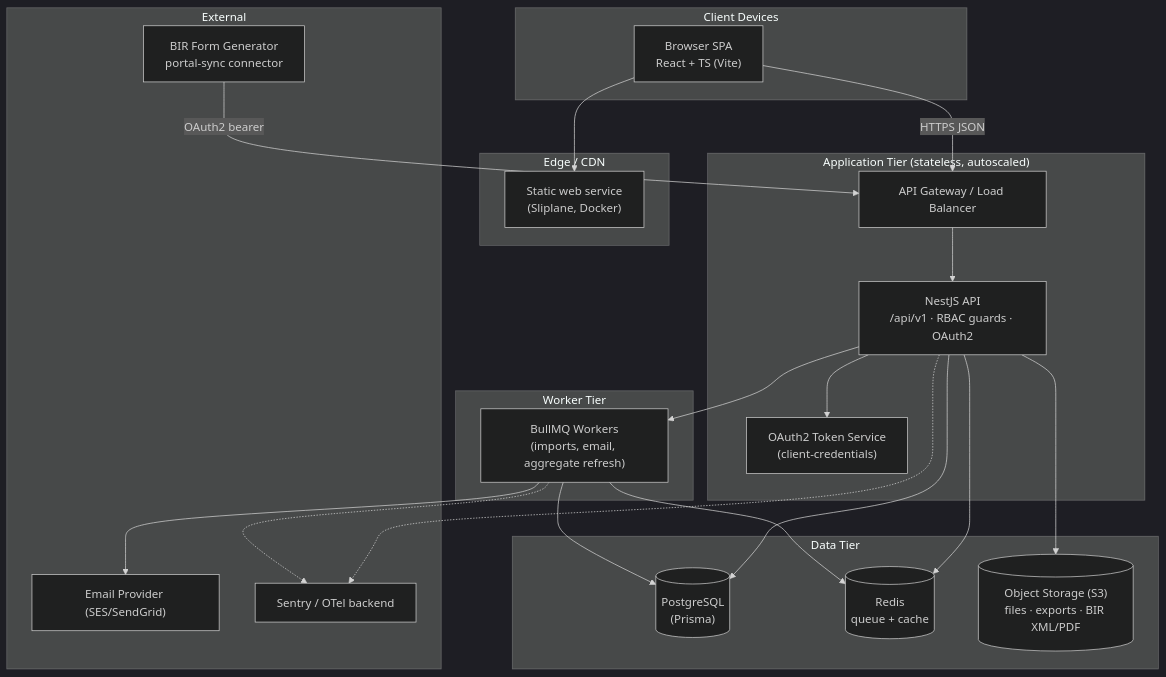
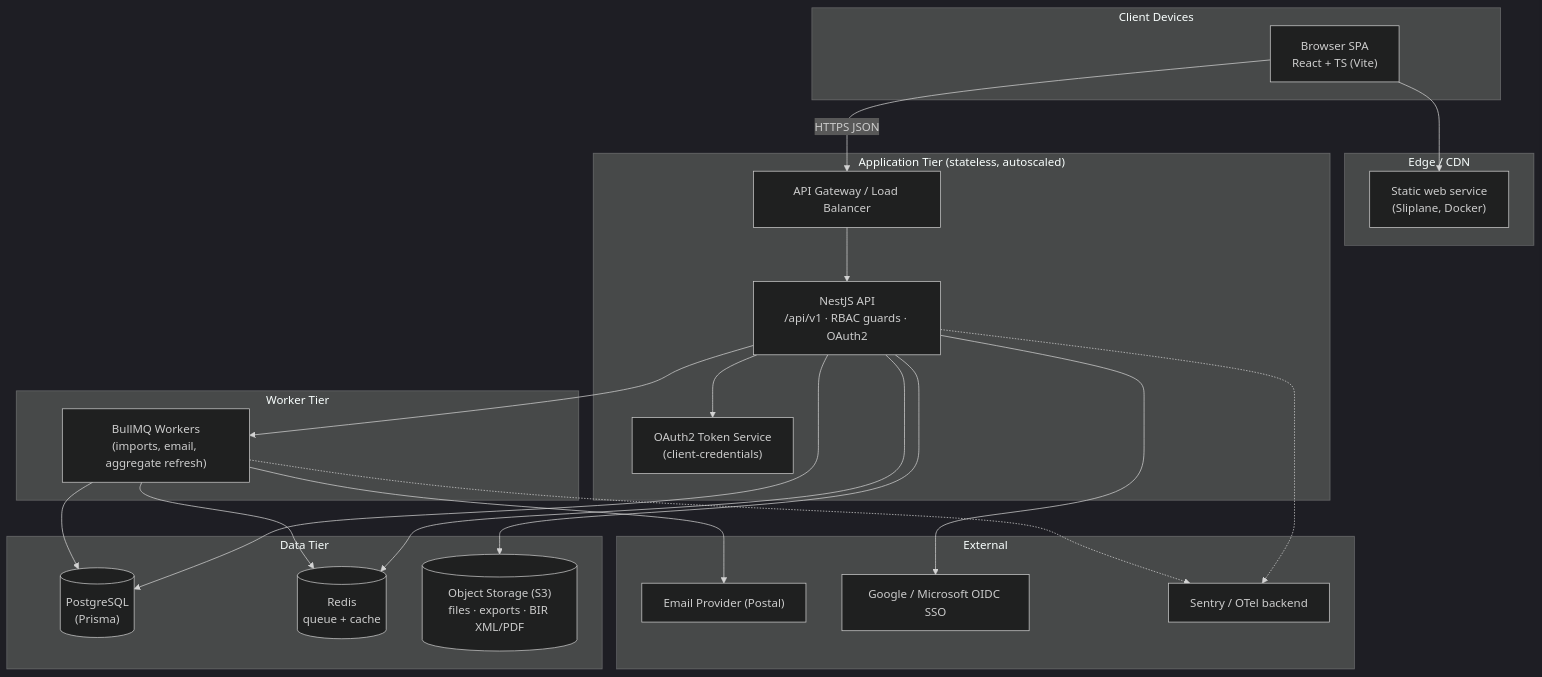
One commit to markchrc2025/Accounting-Firm-Portal changed the second of 14 diagrams in docs/system-design.md. Above: the diagram before and after it, drawn with Mermaid (dark theme). The commit also changed other lines of this file, not shown here.

````diff
--- a/docs/system-design.md
+++ b/docs/system-design.md
@@ -392,47 +407,47 @@
 ```mermaid
 flowchart TB
     subgraph Client["Client Devices"]
         BROWSER["Browser SPA<br/>React + TS (Vite)"]
     end
 
     subgraph Edge["Edge / CDN"]
         CDN["Static web service<br/>(Sliplane, Docker)"]
     end
 
     subgraph AppTier["Application Tier (stateless, autoscaled)"]
         APIGW["API Gateway / Load Balancer"]
         NEST["NestJS API<br/>/api/v1 · RBAC guards · OAuth2"]
         OAUTHSVC["OAuth2 Token Service<br/>(client-credentials)"]
     end
 
     subgraph WorkerTier["Worker Tier"]
         BULL["BullMQ Workers<br/>(imports, email, aggregate refresh)"]
     end
 
     subgraph DataTier["Data Tier"]
         PG[("PostgreSQL<br/>(Prisma)")]
         RD[("Redis<br/>queue + cache")]
         S3[("Object Storage (S3)<br/>files · exports · BIR XML/PDF")]
     end
 
     subgraph Ext["External"]
-        MAILP["Email Provider (SES/SendGrid)"]
-        BIRG["BIR Form Generator<br/>portal-sync connector"]
+        MAILP["Email Provider (Postal)"]
+        IDP["Google / Microsoft OIDC SSO"]
         OTEL["Sentry / OTel backend"]
     end
 
     BROWSER --> CDN
     BROWSER -->|HTTPS JSON| APIGW
     APIGW --> NEST
     NEST --> OAUTHSVC
     NEST --> PG
     NEST --> RD
     NEST --> S3
     NEST --> BULL
     BULL --> PG
     BULL --> RD
     BULL --> MAILP
-    BIRG -->|OAuth2 bearer| APIGW
+    NEST --> IDP
     NEST -.-> OTEL
     BULL -.-> OTEL
 ```
````
